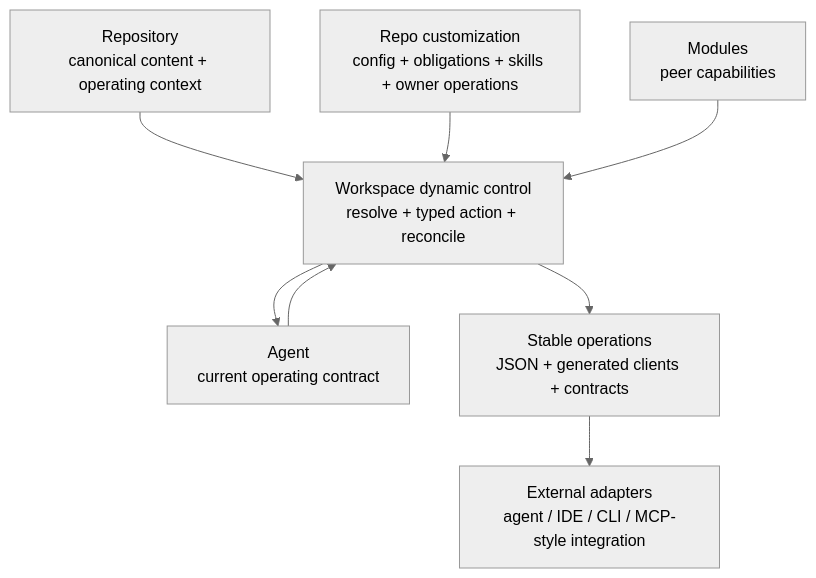
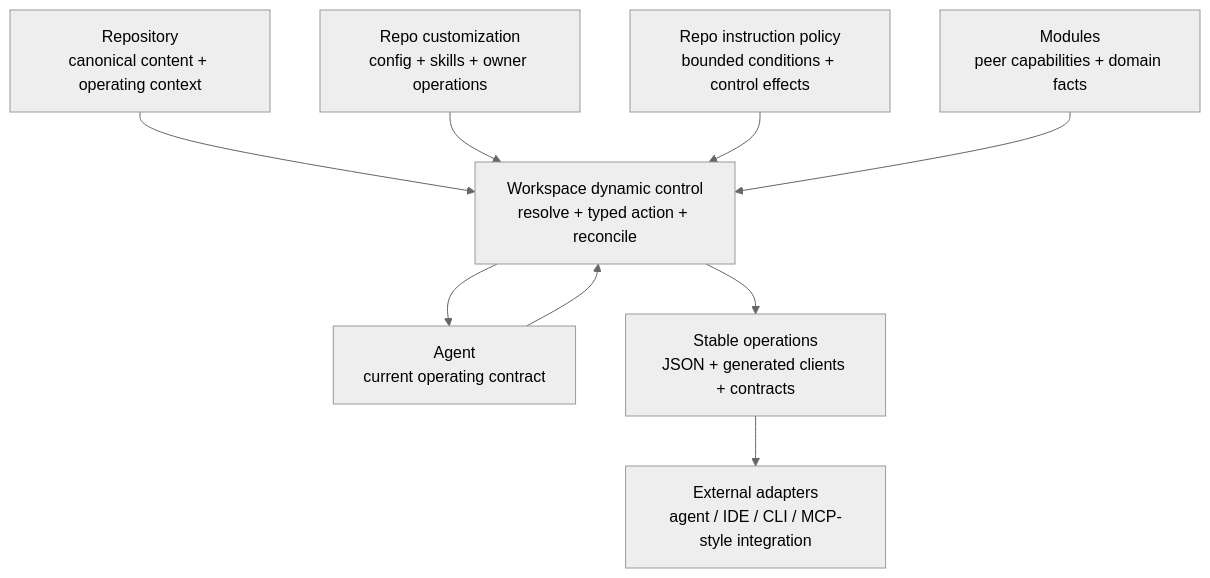
Before and after one commit to rickardvh/agentic-workspace: the diagram in docs/architecture.md, drawn with Mermaid (neutral theme). The commit also changed other lines of this file, not shown here.

Commit message:
Add programmable instruction architecture

````diff
--- a/docs/architecture.md
+++ b/docs/architecture.md
@@ -9,18 +9,20 @@
 ```mermaid
 flowchart TD
     R[Repository\ncanonical content + operating context]
+    IP[Repo instruction policy\nbounded conditions + control effects]
     C[Workspace dynamic control\nresolve + typed action + reconcile]
     A[Agent\ncurrent operating contract]
-    M[Modules\npeer capabilities]
-    RC[Repo customization\nconfig + obligations + skills + owner operations]
+    M[Modules\npeer capabilities + domain facts]
+    RC[Repo customization\nconfig + skills + owner operations]
     OP[Stable operations\nJSON + generated clients + contracts]
     X[External adapters\nagent / IDE / CLI / MCP-style integration]
 
     R --> C
     RC --> C
+    IP --> C
     M --> C
     C --> A
     A --> C
     C --> OP
     OP --> X
 ```
````
